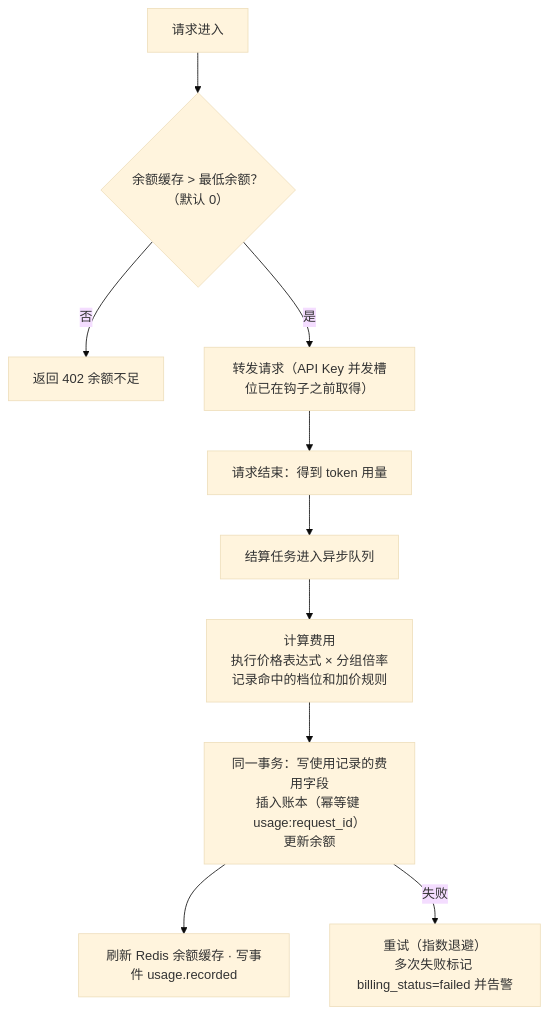
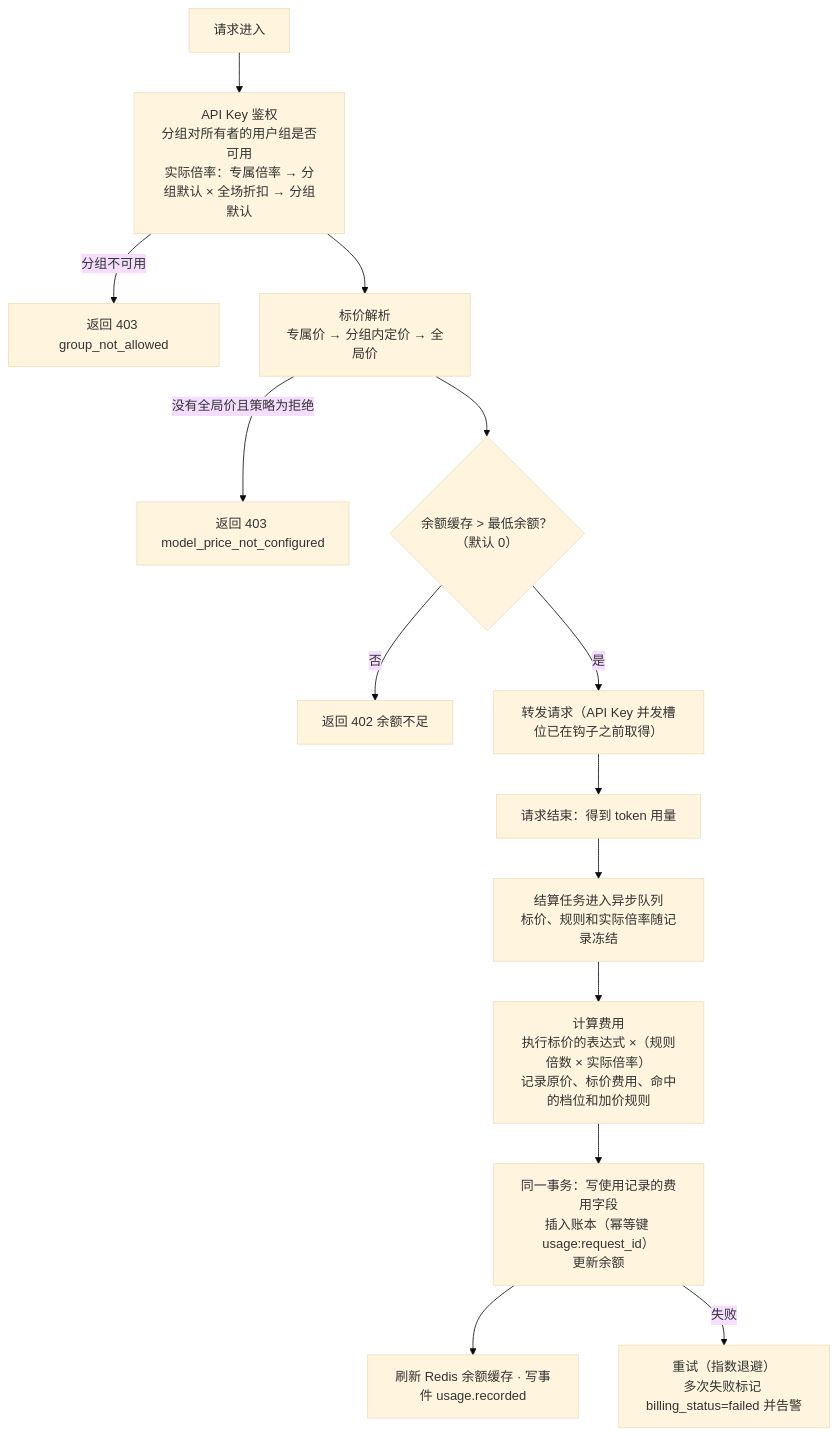
Before and after one commit to Sub2API-Devs/sup2api: the tenth of 18 diagrams in next/docs/ARCHITECTURE.md, drawn with Mermaid (base theme). The commit also changed other lines of this file and 9 other files, not shown here.

````diff
--- a/next/docs/ARCHITECTURE.md
+++ b/next/docs/ARCHITECTURE.md
@@ -1068,12 +1125,16 @@
 ```mermaid
 flowchart TD
-  a["请求进入"] --> b{"余额缓存 > 最低余额？<br/>（默认 0）"}
+  a["请求进入"] --> k["API Key 鉴权<br/>分组对所有者的用户组是否可用<br/>实际倍率：专属倍率 → 分组默认 × 全场折扣 → 分组默认"]
+  k -- 分组不可用 --> y["返回 403 group_not_allowed"]
+  k --> p["标价解析<br/>专属价 → 分组内定价 → 全局价"]
+  p -- 没有全局价且策略为拒绝 --> z["返回 403 model_price_not_configured"]
+  p --> b{"余额缓存 > 最低余额？<br/>（默认 0）"}
   b -- 否 --> x["返回 402 余额不足"]
   b -- 是 --> c["转发请求（API Key 并发槽位已在钩子之前取得）"]
   c --> d["请求结束：得到 token 用量"]
-  d --> e["结算任务进入异步队列"]
-  e --> f["计算费用<br/>执行价格表达式 × 分组倍率<br/>记录命中的档位和加价规则"]
+  d --> e["结算任务进入异步队列<br/>标价、规则和实际倍率随记录冻结"]
+  e --> f["计算费用<br/>执行标价的表达式 ×（规则倍数 × 实际倍率）<br/>记录原价、标价费用、命中的档位和加价规则"]
   f --> g["同一事务：写使用记录的费用字段<br/>插入账本（幂等键 usage:request_id）<br/>更新余额"]
   g --> h["刷新 Redis 余额缓存 · 写事件 usage.recorded"]
   g -- 失败 --> r["重试（指数退避）<br/>多次失败标记 billing_status=failed 并告警"]
 ```
````
